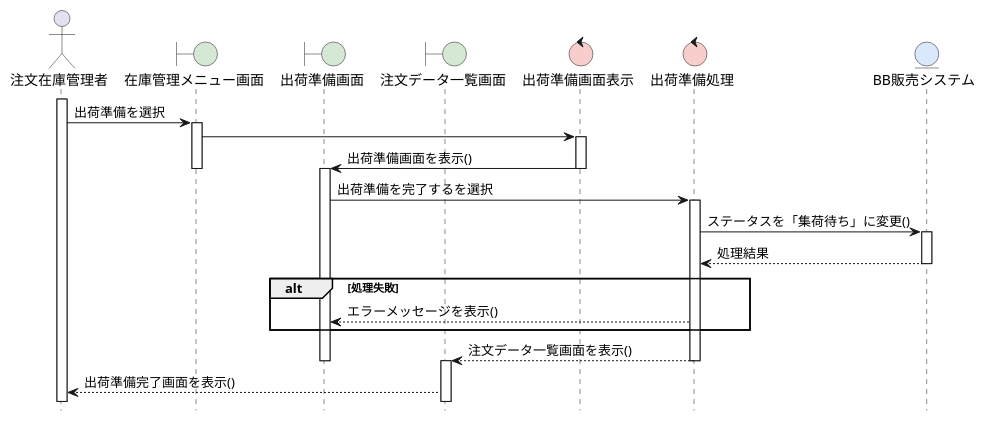
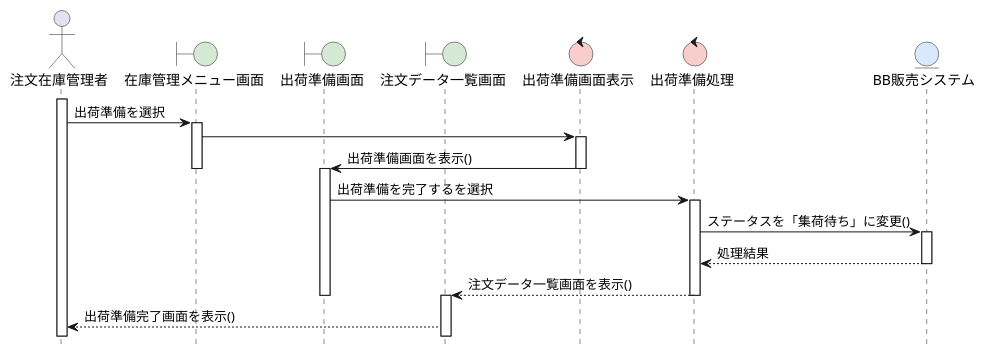
The diagram in BB/sequence_sending.pu (FujikawaHirono0520/group3_1_dogdog), drawn with PlantUML before and after one commit.

Commit message:
alt削除

```diff
--- a/BB/sequence_sending.pu
+++ b/BB/sequence_sending.pu
@@ -1,49 +1,45 @@
 @startuml .
 
 hide footbox
 skinparam BoundaryBackgroundColor #D5E8D4
 skinparam ControlBackgroundColor #F8CECC
 skinparam EntityBackgroundColor #DAE8FC
 
 actor 注文在庫管理者 as Admin
 boundary 在庫管理メニュー画面 as Menu
 boundary 出荷準備画面 as Sending
 boundary 注文データ一覧画面 as List
 control 出荷準備画面表示 as Display
 control 出荷準備処理 as Process
 entity BB販売システム as System
 ' database 注文データテーブル as OrderDB?
 
 activate Admin
 Admin -> Menu: 出荷準備を選択
 
 activate Menu
 Menu -> Display
 
 activate Display
 Display -> Sending: 出荷準備画面を表示()
 deactivate Menu
 deactivate Display
 
 activate Sending
 Sending -> Process: 出荷準備を完了するを選択
 
 activate Process
 Process -> System: ステータスを「集荷待ち」に変更()
 
 activate System
 System --> Process: 処理結果
 deactivate System
 
-alt 処理失敗
-    Process --> Sending: エラーメッセージを表示()
-end
-
 Process --> List: 注文データ一覧画面を表示()
 deactivate Process
 
 activate List
 deactivate Sending
 List --> Admin: 出荷準備完了画面を表示()
 
 @enduml
```
